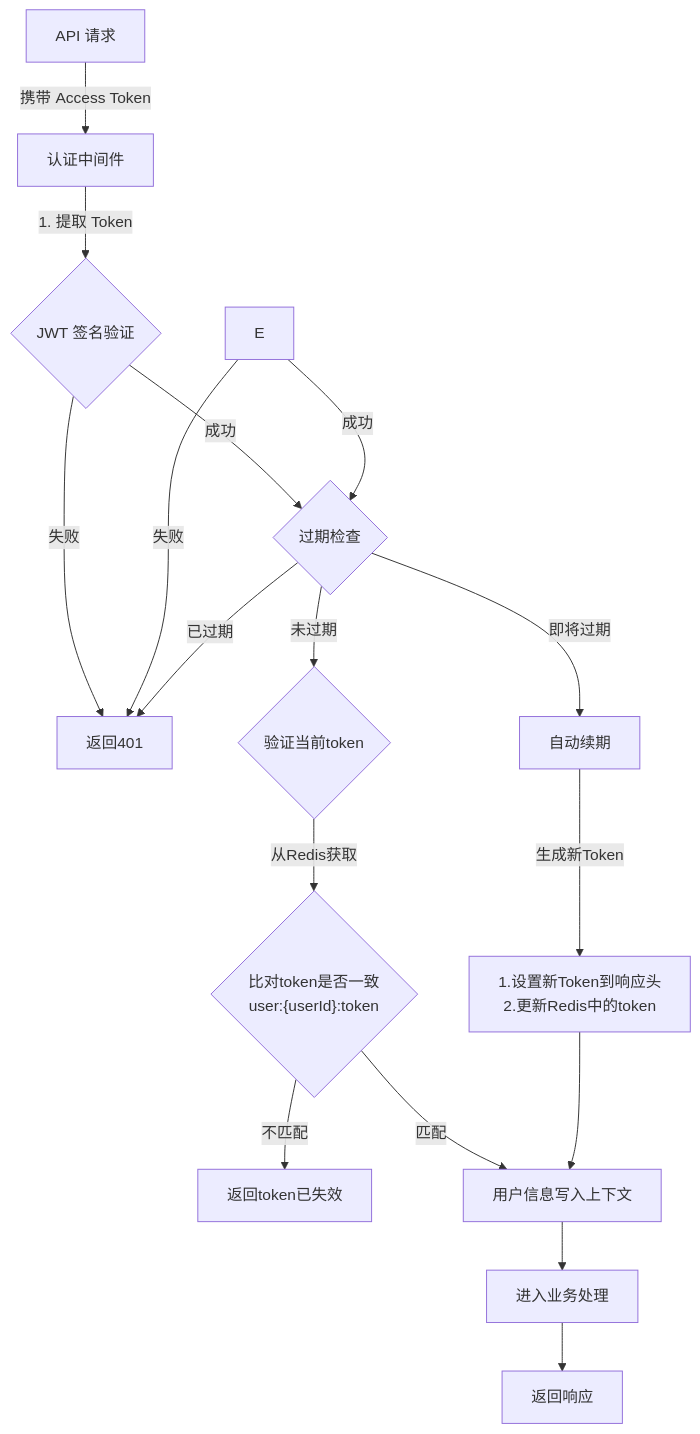
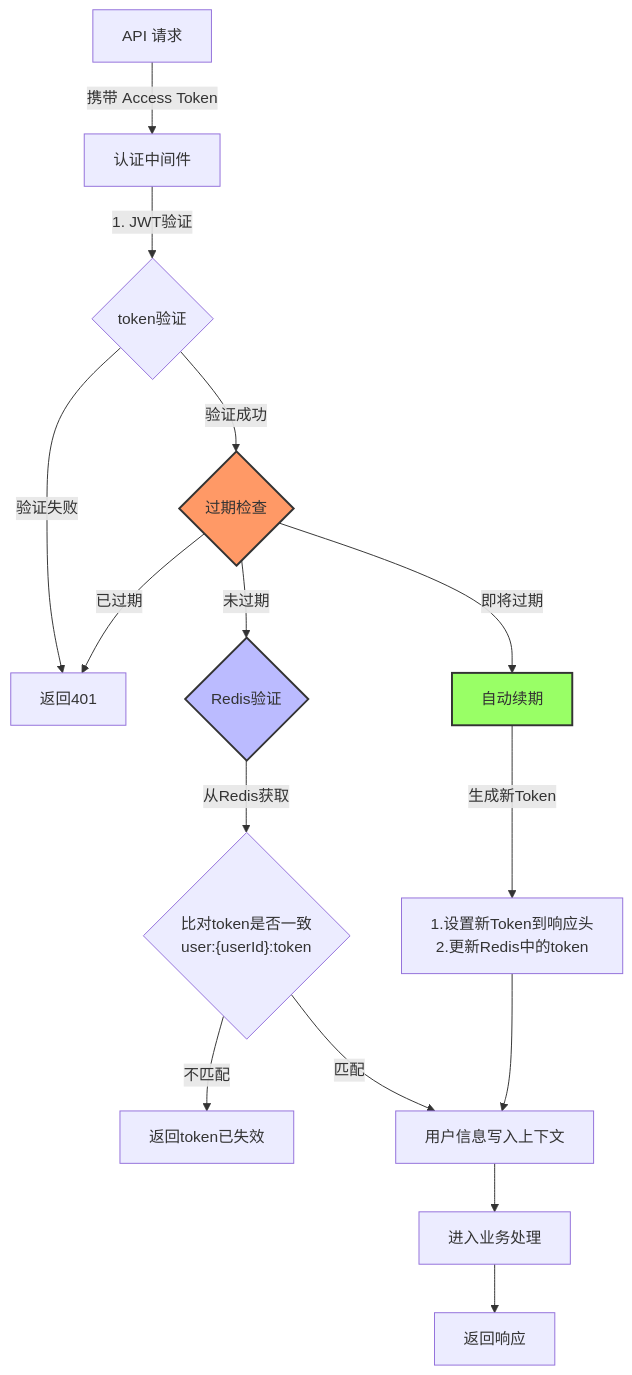
One commit to yingjianzh/iodraw-files changed the diagram in all/未命名-15.md. Above: the diagram before and after it, drawn with Mermaid.

Commit message:
2025-01-03 10:55:24 update

````diff
--- a/all/未命名-15.md
+++ b/all/未命名-15.md
@@ -1,26 +1,26 @@
 ```mermaid
 flowchart TD
     A[API 请求] -->|携带 Access Token| B[认证中间件]
-    B -->|1. 提取 Token| C{JWT 签名验证}
-    C -->|失败| D[返回401]
-    C -->|成功| F{过期检查}
-    E -->|失败| D
-    E -->|成功| F{过期检查}
+    B -->|1. JWT验证| C{token验证}
+    C -->|验证失败| D[返回401]
+    C -->|验证成功| F{过期检查}
     
     F -->|已过期| D
     F -->|即将过期| G[自动续期]
-    F -->|未过期| H{验证当前token}
+    F -->|未过期| H{Redis验证}
     
     H -->|从Redis获取| I{"比对token是否一致
     user:{userId}:token"}
     I -->|不匹配| J[返回token已失效]
     I -->|匹配| K[用户信息写入上下文]
     K --> L[进入业务处理]
     L --> N[返回响应]
     
     G -->|生成新Token| M["1.设置新Token到响应头
     2.更新Redis中的token"]
     M --> K
 
-    
+    style F fill:#f96,stroke:#333,stroke-width:2px
+    style H fill:#bbf,stroke:#333,stroke-width:2px
+    style G fill:#9f6,stroke:#333,stroke-width:2px
 ```
````
